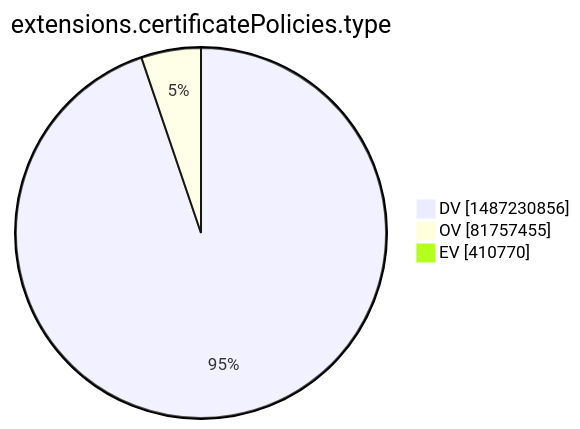
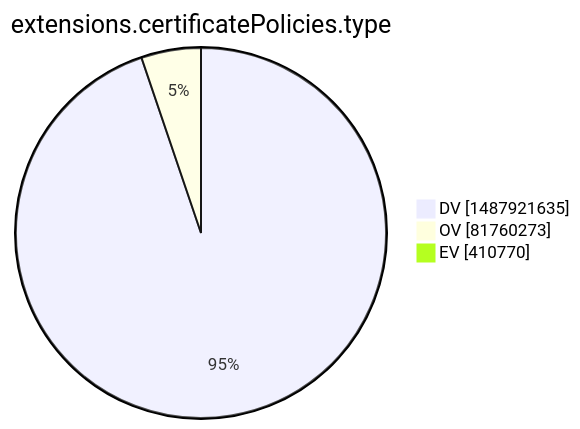
Before and after one commit to christiankrug/ctmonitor_visualization: the tenth of 15 diagrams in xenon2022/README.md, drawn with Mermaid. The commit also changed other lines of this file, not shown here.

````diff
--- a/xenon2022/README.md
+++ b/xenon2022/README.md
@@ -2873,7 +2873,7 @@
 ```mermaid
 pie showData
 title extensions.certificatePolicies.type
-"DV" :1487230856
-"OV" :81757455
+"DV" :1487921635
+"OV" :81760273
 "EV" :410770
 ```
````
